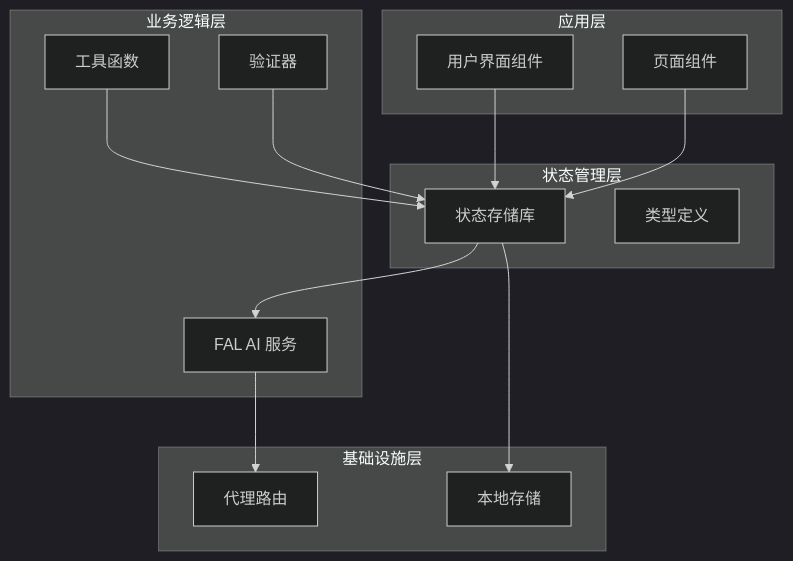
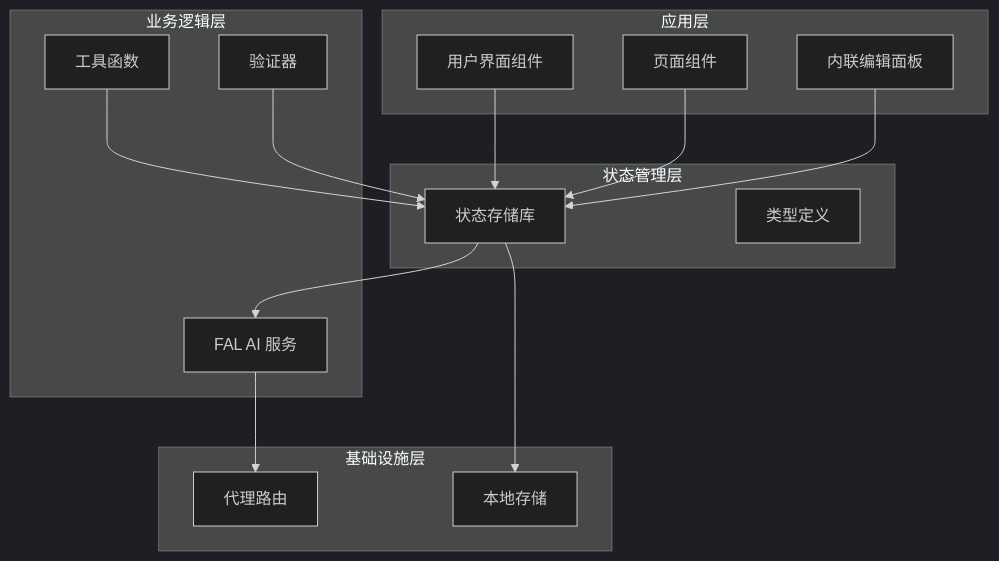
The first of 16 diagrams in .qoder/repowiki/zh/content/状态管理系统.md (billye220670/BananaFlow2), drawn with Mermaid (dark theme) before and after one commit. The commit also changed other lines of this file and 29 other files, not shown here.

````diff
--- a/.qoder/repowiki/zh/content/状态管理系统.md
+++ b/.qoder/repowiki/zh/content/状态管理系统.md
@@ -40,27 +43,29 @@
 ```mermaid
 graph TB
 subgraph "应用层"
 UI[用户界面组件]
 Pages[页面组件]
+InlineEdit[内联编辑面板]
 end
 subgraph "状态管理层"
 Store[状态存储库]
 Types[类型定义]
 end
 subgraph "业务逻辑层"
 FAL[FAL AI 服务]
 Utils[工具函数]
 Validation[验证器]
 end
 subgraph "基础设施层"
 Proxy[代理路由]
 Storage[本地存储]
 end
 UI --> Store
 Pages --> Store
+InlineEdit --> Store
 Store --> FAL
 Store --> Storage
 FAL --> Proxy
 Utils --> Store
 Validation --> Store
 ```
````
